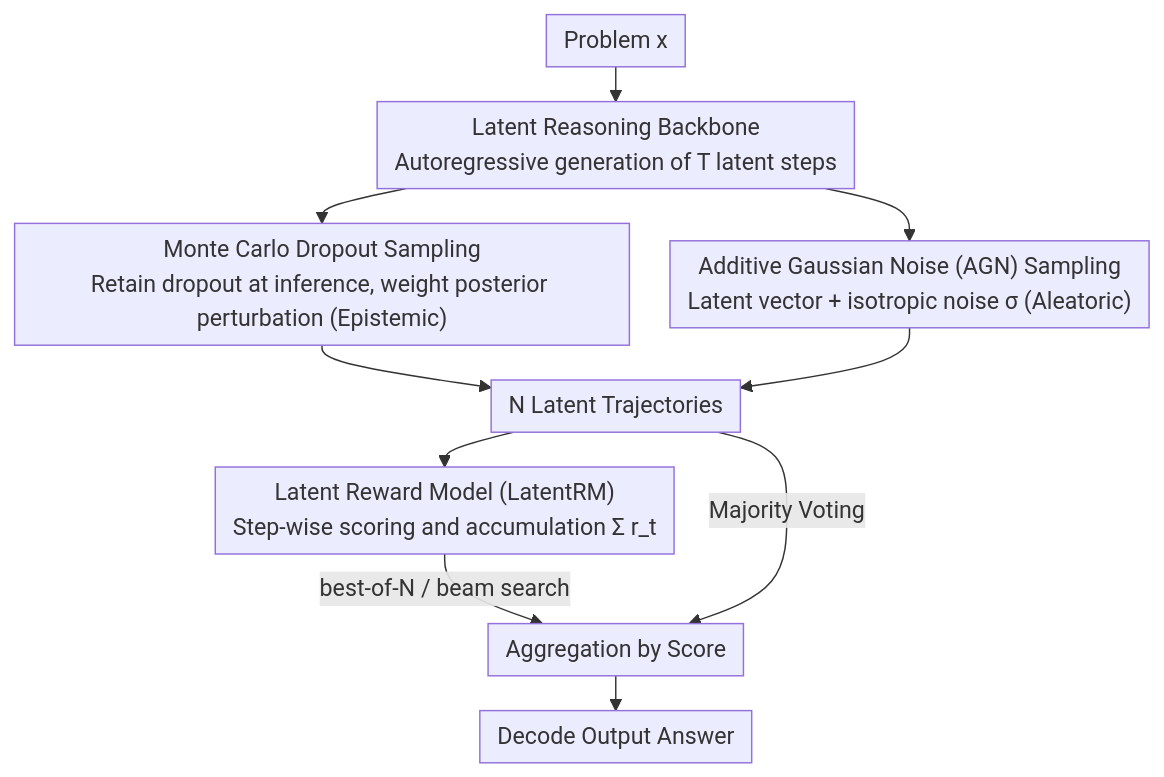
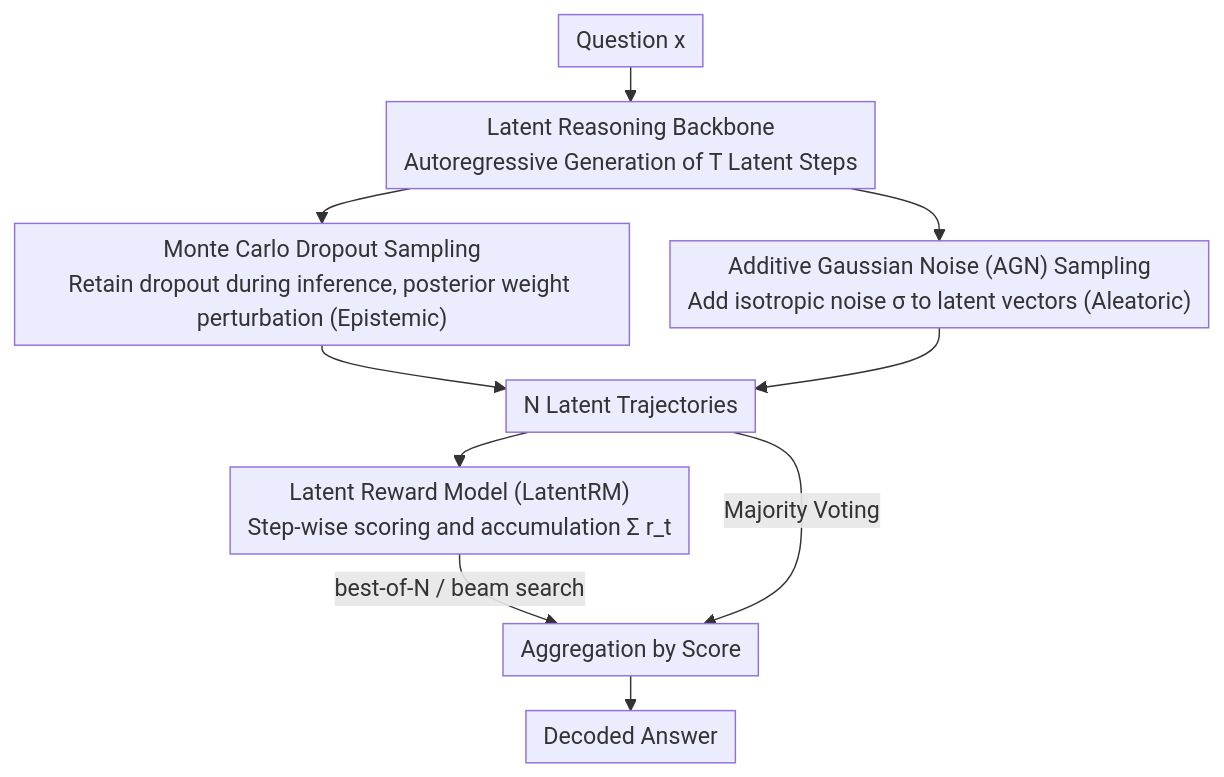
The diagram in docs/ACL2026/llm_reasoning/parallel_test-time_scaling_for_latent_reasoning_models.md (zhaoyang97/Paper-Notes-en), drawn with Mermaid before and after one commit. The commit also changed other lines of this file and 5084 other files, not shown here.

````diff
--- a/docs/ACL2026/llm_reasoning/parallel_test-time_scaling_for_latent_reasoning_models.md
+++ b/docs/ACL2026/llm_reasoning/parallel_test-time_scaling_for_latent_reasoning_models.md
@@ -44,13 +44,13 @@
 ```mermaid
 %%{init: {'flowchart': {'rankSpacing': 24, 'nodeSpacing': 28, 'padding': 6, 'wrappingWidth': 400}}}%%
 flowchart TD
-    A["Problem x"] --> B["Latent Reasoning Backbone<br/>Autoregressive generation of T latent steps"]
-    B --> C["Monte Carlo Dropout Sampling<br/>Retain dropout at inference, weight posterior perturbation (Epistemic)"]
-    B --> D["Additive Gaussian Noise (AGN) Sampling<br/>Latent vector + isotropic noise σ (Aleatoric)"]
+    A["Question x"] --> B["Latent Reasoning Backbone<br/>Autoregressive Generation of T Latent Steps"]
+    B --> C["Monte Carlo Dropout Sampling<br/>Retain dropout during inference, posterior weight perturbation (Epistemic)"]
+    B --> D["Additive Gaussian Noise (AGN) Sampling<br/>Add isotropic noise σ to latent vectors (Aleatoric)"]
     C --> E["N Latent Trajectories"]
     D --> E
     E --> F["Latent Reward Model (LatentRM)<br/>Step-wise scoring and accumulation Σ r_t"]
     F -->|best-of-N / beam search| G["Aggregation by Score"]
     E -->|Majority Voting| G
-    G --> H["Decode Output Answer"]
+    G --> H["Decoded Answer"]
 ```
````
